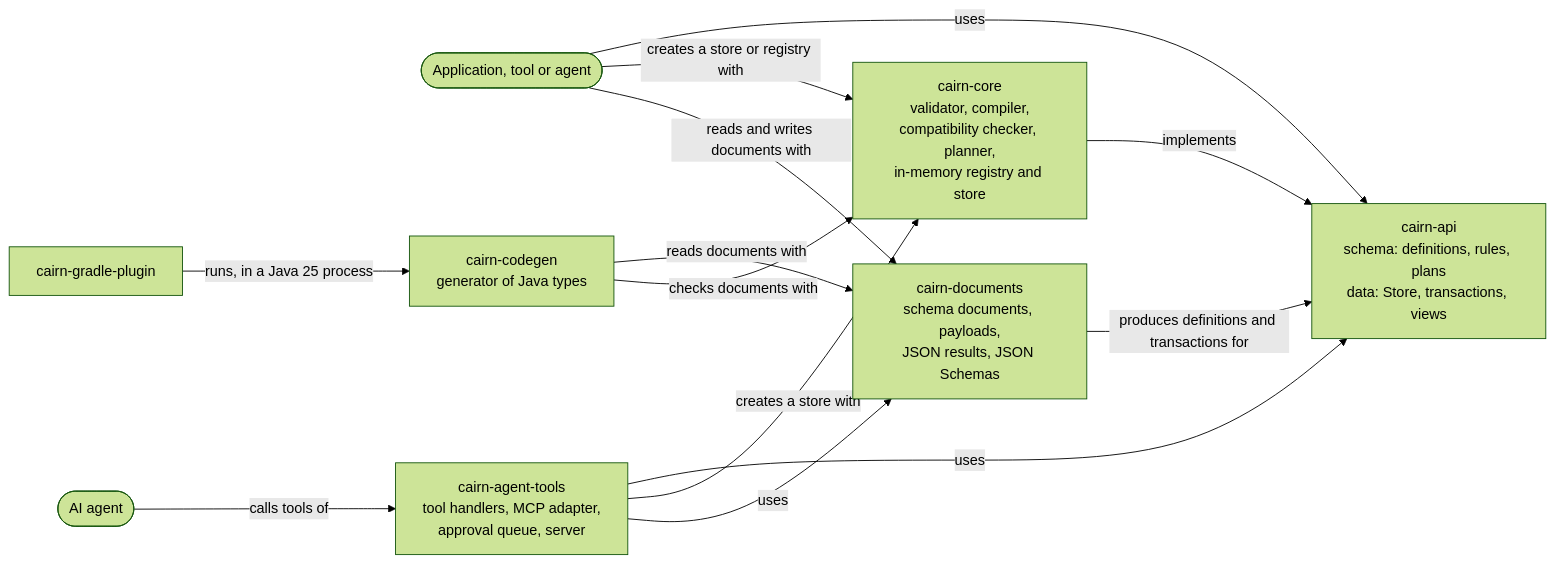
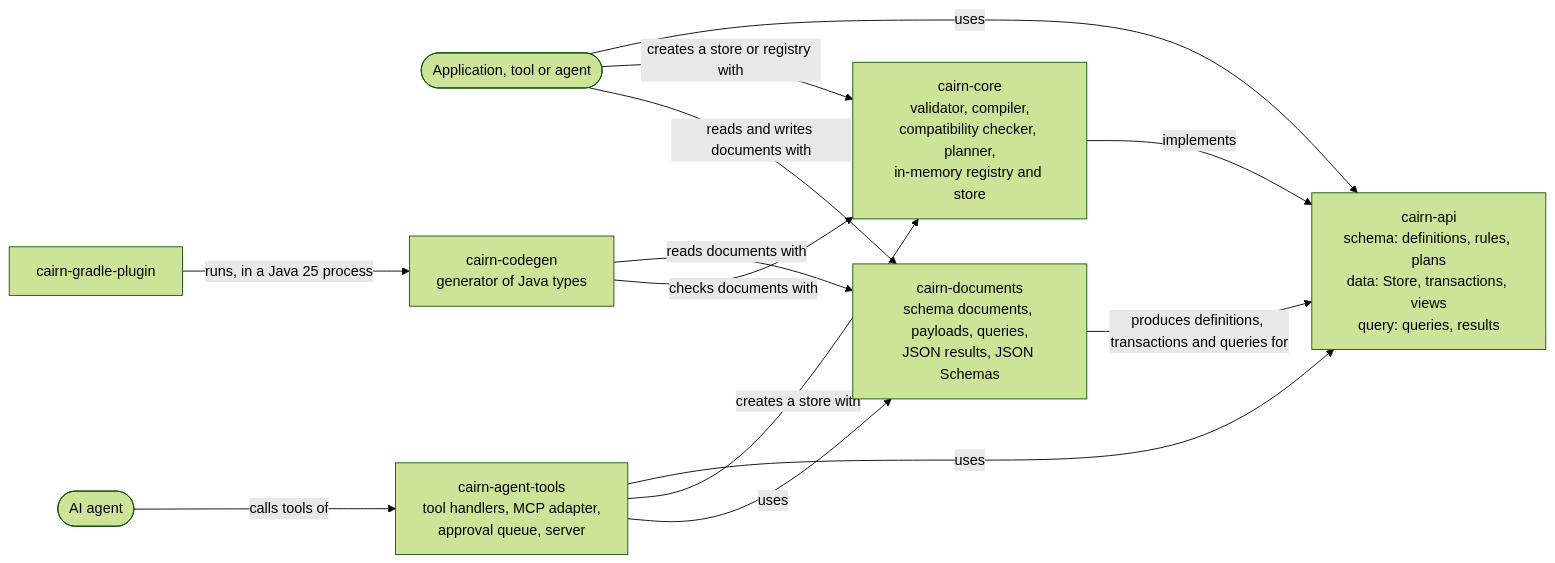
Before and after one commit to enricoag1982/Cairn: the second of 3 diagrams in docs/architecture/README.md, drawn with Mermaid (forest theme). The commit also changed other lines of this file and 10 other files, not shown here.

````diff
--- a/docs/architecture/README.md
+++ b/docs/architecture/README.md
@@ -83,15 +83,15 @@
 ```mermaid
 flowchart LR
-    core[cairn-core<br/>validator, compiler,<br/>compatibility checker, planner,<br/>in-memory registry and store] -->|implements| api[cairn-api<br/>schema: definitions, rules, plans<br/>data: Store, transactions, views]
-    docs[cairn-documents<br/>schema documents, payloads,<br/>JSON results, JSON Schemas] -->|produces definitions and transactions for| api
+    core[cairn-core<br/>validator, compiler,<br/>compatibility checker, planner,<br/>in-memory registry and store] -->|implements| api[cairn-api<br/>schema: definitions, rules, plans<br/>data: Store, transactions, views<br/>query: queries, results]
+    docs[cairn-documents<br/>schema documents, payloads, queries,<br/>JSON results, JSON Schemas] -->|produces definitions, transactions and queries for| api
     app([Application, tool or agent]) -->|uses| api
     app -->|creates a store or registry with| core
     app -->|reads and writes documents with| docs
     codegen[cairn-codegen<br/>generator of Java types] -->|reads documents with| docs
     codegen -->|checks documents with| core
     plugin[cairn-gradle-plugin] -->|runs, in a Java 25 process| codegen
     tools[cairn-agent-tools<br/>tool handlers, MCP adapter,<br/>approval queue, server] -->|uses| api
     tools -->|creates a store with| core
     tools -->|uses| docs
     agent([AI agent]) -->|calls tools of| tools
 ```
````
